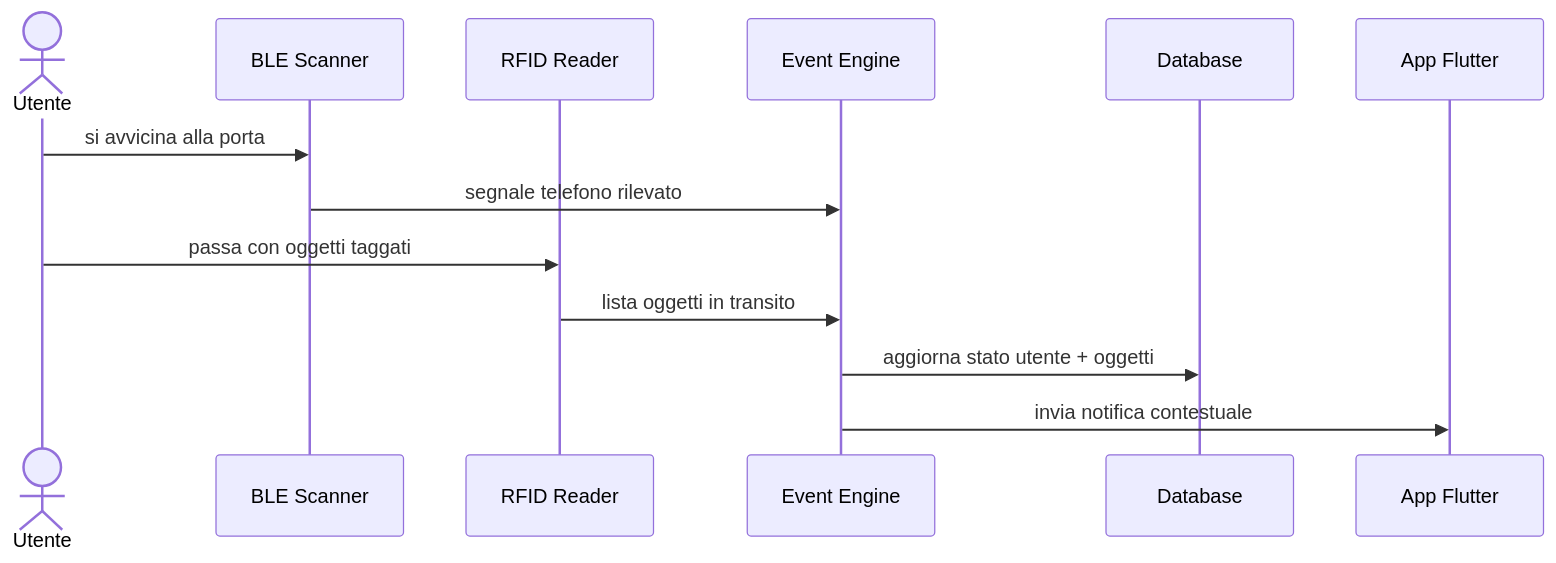
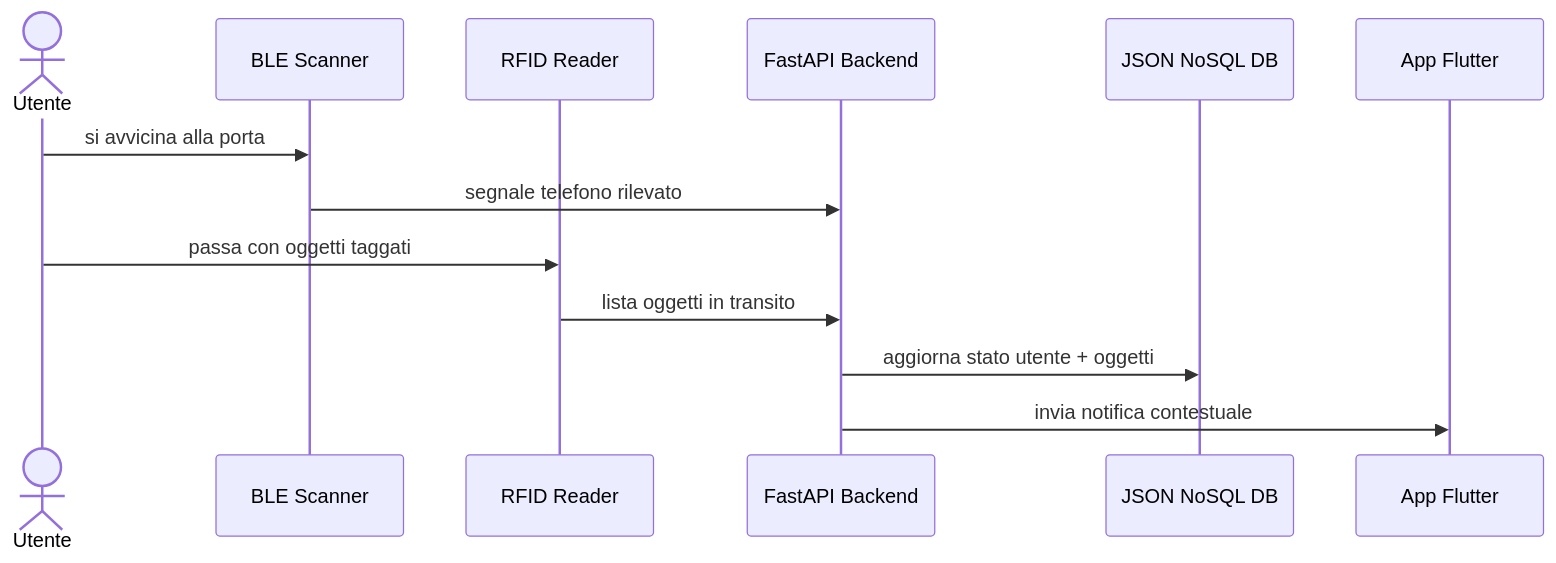
Before and after one commit to ScalabrinSimone/GateKeeper: the second of 2 diagrams in docs/panoramica/architettura.md, drawn with Mermaid. The commit also changed other lines of this file and 10 other files, not shown here.

````diff
--- a/docs/panoramica/architettura.md
+++ b/docs/panoramica/architettura.md
@@ -38,16 +37,16 @@
 ```mermaid
 sequenceDiagram
     actor U as Utente
     participant BLE as BLE Scanner
     participant RFID as RFID Reader
-    participant EE as Event Engine
-    participant DB as Database
+    participant API as FastAPI Backend
+    participant DB as JSON NoSQL DB
     participant APP as App Flutter
 
     U->>BLE: si avvicina alla porta
-    BLE->>EE: segnale telefono rilevato
+    BLE->>API: segnale telefono rilevato
     U->>RFID: passa con oggetti taggati
-    RFID->>EE: lista oggetti in transito
-    EE->>DB: aggiorna stato utente + oggetti
-    EE->>APP: invia notifica contestuale
+    RFID->>API: lista oggetti in transito
+    API->>DB: aggiorna stato utente + oggetti
+    API->>APP: invia notifica contestuale
 ```
````
